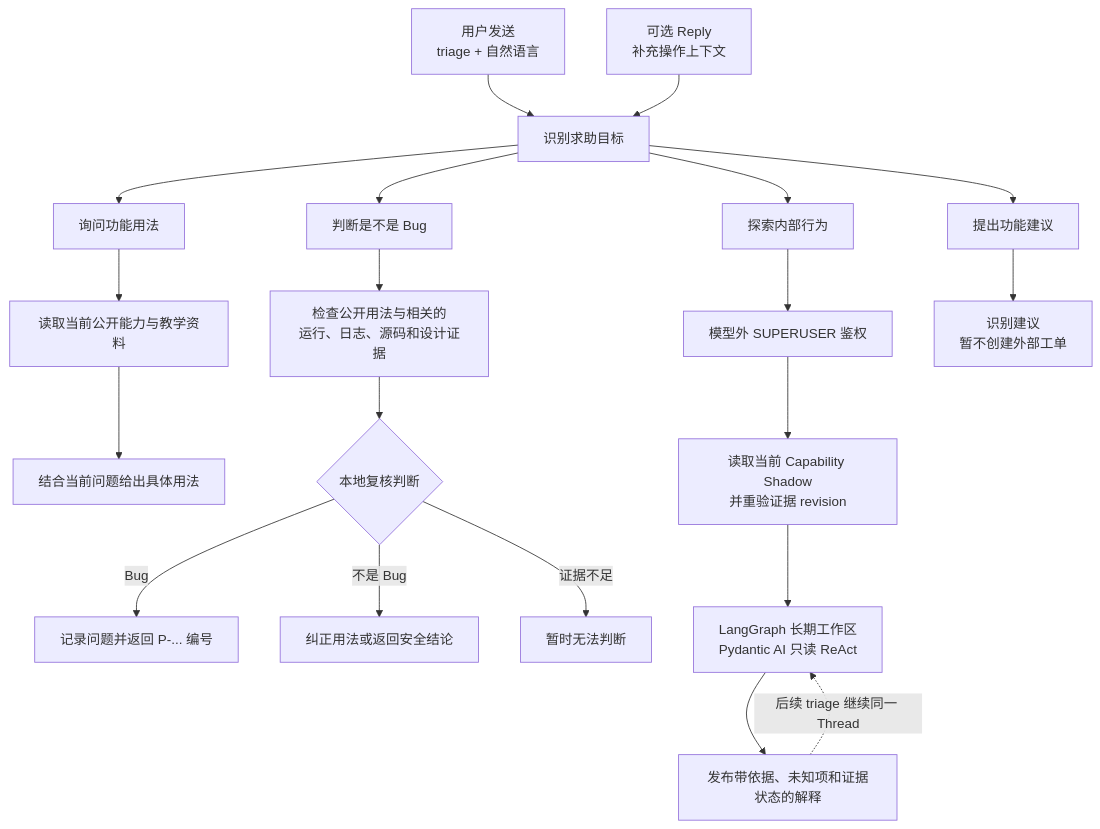
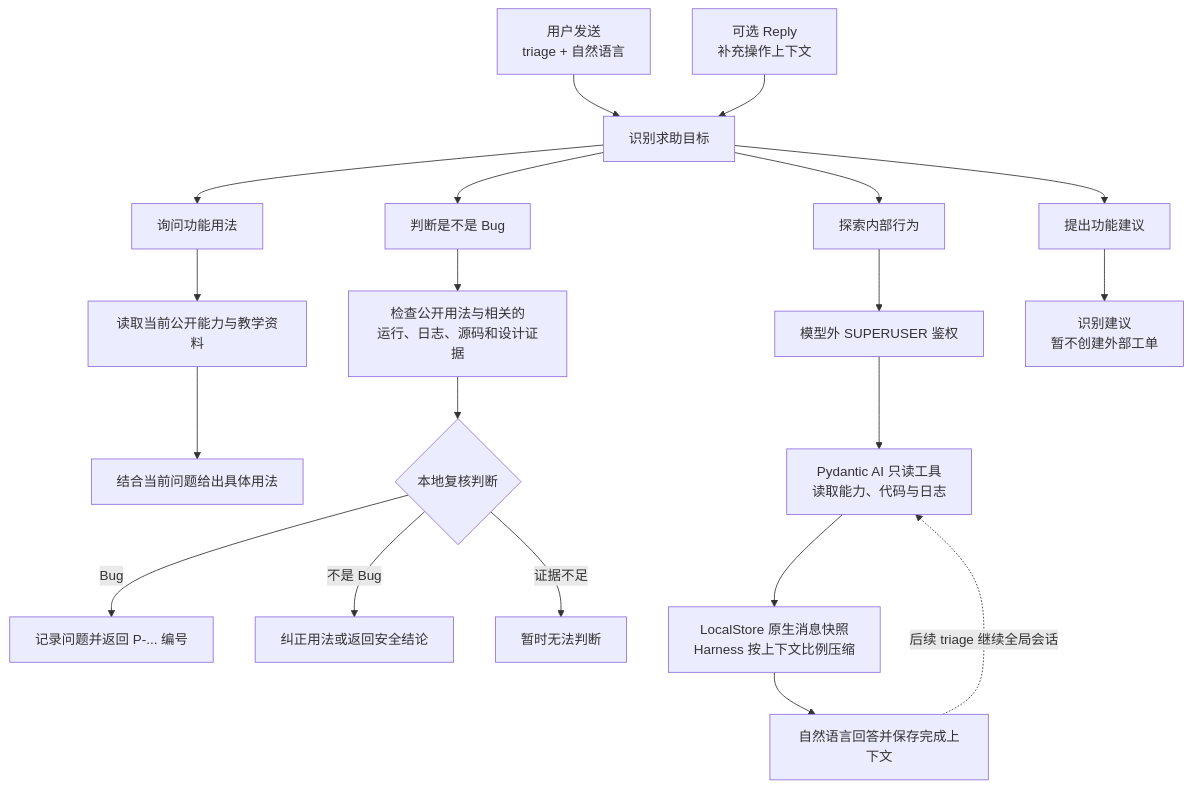
One commit to Misty02600/nonebot-plugin-triage changed the first of 2 diagrams in README.md. Above: the diagram before and after it, drawn with Mermaid. The commit also changed other lines of this file and 35 other files, not shown here.

````diff
--- a/README.md
+++ b/README.md
@@ -33,26 +33,26 @@
 ```mermaid
 flowchart TD
     U["用户发送<br/>triage + 自然语言"] --> C["识别求助目标"]
     R["可选 Reply<br/>补充操作上下文"] --> C
 
     C --> G["询问功能用法"]
     C --> B["判断是不是 Bug"]
     C --> E["探索内部行为"]
     C --> F["提出功能建议"]
 
     G --> K["读取当前公开能力与教学资料"]
     K --> A["结合当前问题给出具体用法"]
 
     B --> V["检查公开用法与相关的<br/>运行、日志、源码和设计证据"]
     V --> D{"本地复核判断"}
     D -->|"Bug"| P["记录问题并返回 P-... 编号"]
     D -->|"不是 Bug"| N["纠正用法或返回安全结论"]
     D -->|"证据不足"| X["暂时无法判断"]
 
     E --> S["模型外 SUPERUSER 鉴权"]
-    S --> W["读取当前 Capability Shadow<br/>并重验证据 revision"]
-    W --> L["LangGraph 长期工作区<br/>Pydantic AI 只读 ReAct"]
-    L --> H["发布带依据、未知项和证据状态的解释"]
-    H -. "后续 triage 继续同一 Thread" .-> L
+    S --> W["Pydantic AI 只读工具<br/>读取能力、代码与日志"]
+    W --> L["LocalStore 原生消息快照<br/>Harness 按上下文比例压缩"]
+    L --> H["自然语言回答并保存完成上下文"]
+    H -. "后续 triage 继续全局会话" .-> W
     F --> Q["识别建议<br/>暂不创建外部工单"]
 ```
````
